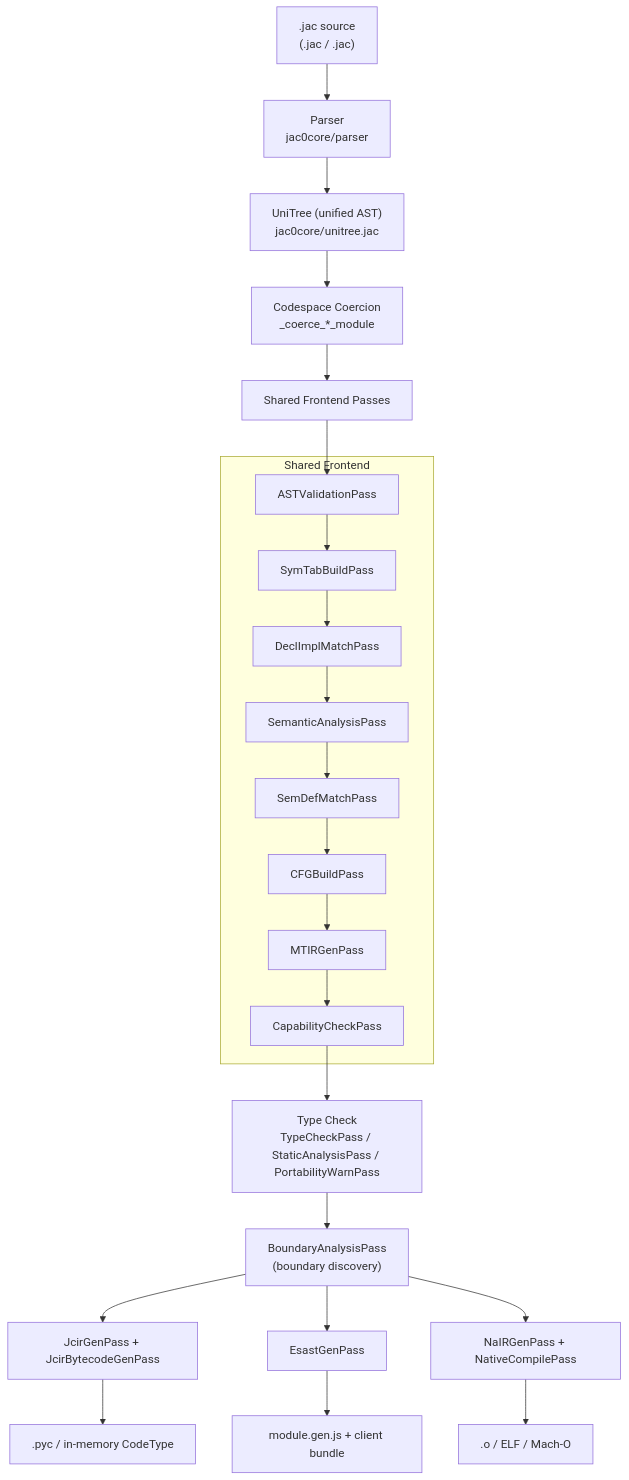
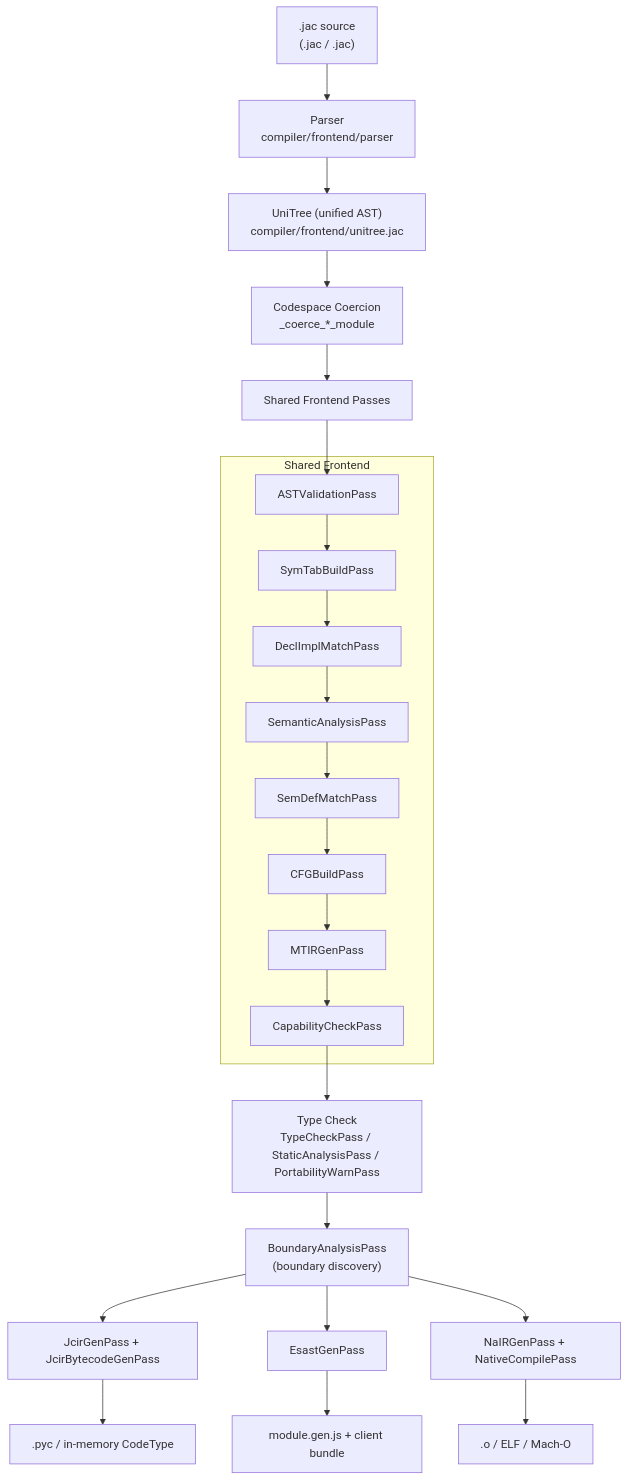
The second of 3 diagrams in jac/jaclang/cli/docs/internals/compiler_architecture.md (jaseci-labs/jaseci), drawn with Mermaid before and after one commit. The commit also changed other lines of this file and 785 other files, not shown here.

````diff
--- a/jac/jaclang/cli/docs/internals/compiler_architecture.md
+++ b/jac/jaclang/cli/docs/internals/compiler_architecture.md
@@ -98,29 +98,29 @@
 ```mermaid
 graph TD
-    SRC[".jac source<br/>(.jac / .jac)"] --> PARSE[Parser<br/>jac0core/parser]
-    PARSE --> UNI["UniTree (unified AST)<br/>jac0core/unitree.jac"]
+    SRC[".jac source<br/>(.jac / .jac)"] --> PARSE[Parser<br/>compiler/frontend/parser]
+    PARSE --> UNI["UniTree (unified AST)<br/>compiler/frontend/unitree.jac"]
     UNI --> COERCE["Codespace Coercion<br/>_coerce_*_module"]
     COERCE --> FRONTEND[Shared Frontend Passes]
 
     subgraph FRONTEND_PASSES["Shared Frontend"]
         FE1[ASTValidationPass]
         FE2[SymTabBuildPass]
         FE3[DeclImplMatchPass]
         FE4[SemanticAnalysisPass]
         FE5[SemDefMatchPass]
         FE6[CFGBuildPass]
         FE7[MTIRGenPass]
         FE8[CapabilityCheckPass]
     end
 
     FRONTEND --> FE1 --> FE2 --> FE3 --> FE4 --> FE5 --> FE6 --> FE7 --> FE8
     FE8 --> TYPECK["Type Check<br/>TypeCheckPass / StaticAnalysisPass / PortabilityWarnPass"]
     TYPECK --> INTEROP["BoundaryAnalysisPass<br/>(boundary discovery)"]
     INTEROP --> SV[JcirGenPass + JcirBytecodeGenPass]
     INTEROP --> CL[EsastGenPass]
     INTEROP --> NA[NaIRGenPass + NativeCompilePass]
 
     SV --> SVOUT[".pyc / in-memory CodeType"]
     CL --> CLOUT["module.gen.js + client bundle"]
     NA --> NAOUT[".o / ELF / Mach-O"]
 ```
````
